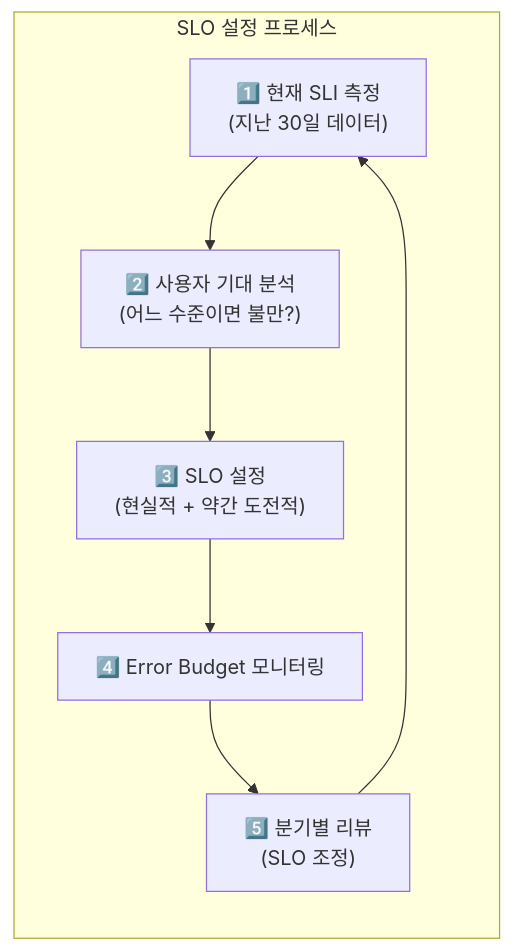
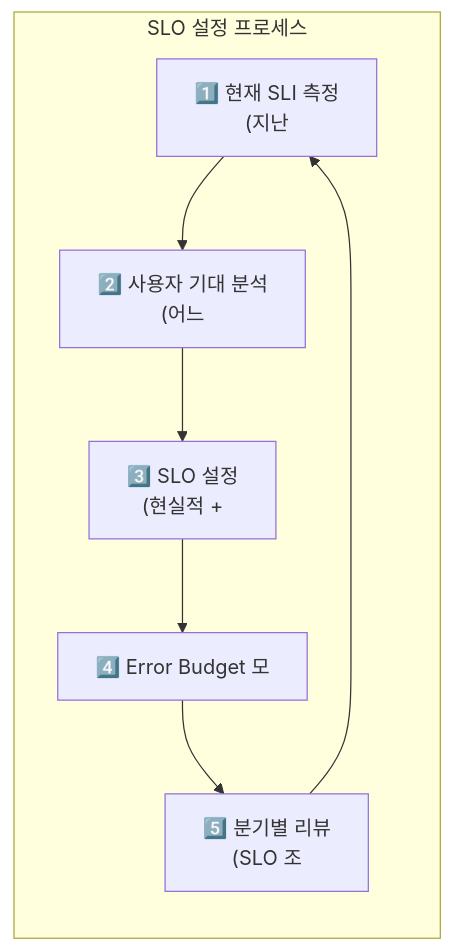
Before and after one commit to yjkim2015/yjkim2015.github.io: the third of 8 diagrams in _posts/monitoring/2026-05-03-sre-golden-signals.md, drawn with Mermaid. The commit also changed other lines of this file and 271 other files, not shown here.

First line of the commit message:
Mermaid 라벨 축소: 긴 노드 텍스트 18자 이하로 트림 + \n 제거

````diff
--- a/_posts/monitoring/2026-05-03-sre-golden-signals.md
+++ b/_posts/monitoring/2026-05-03-sre-golden-signals.md
@@ -223,10 +223,10 @@
 ```mermaid
 graph LR
     subgraph "SLO 설정 프로세스"
-        MEASURE["1️⃣ 현재 SLI 측정\n(지난 30일 데이터)"] --> ANALYZE["2️⃣ 사용자 기대 분석\n(어느 수준이면 불만?)"]
-        ANALYZE --> SET["3️⃣ SLO 설정\n(현실적 + 약간 도전적)"]
-        SET --> MONITOR["4️⃣ Error Budget 모니터링"]
-        MONITOR --> REVIEW["5️⃣ 분기별 리뷰\n(SLO 조정)"]
+        MEASURE["1️⃣ 현재 SLI 측정\n(지난"] --> ANALYZE["2️⃣ 사용자 기대 분석\n(어느"]
+        ANALYZE --> SET["3️⃣ SLO 설정\n(현실적 +"]
+        SET --> MONITOR["4️⃣ Error Budget 모"]
+        MONITOR --> REVIEW["5️⃣ 분기별 리뷰\n(SLO 조"]
         REVIEW --> MEASURE
     end
 ```
````
